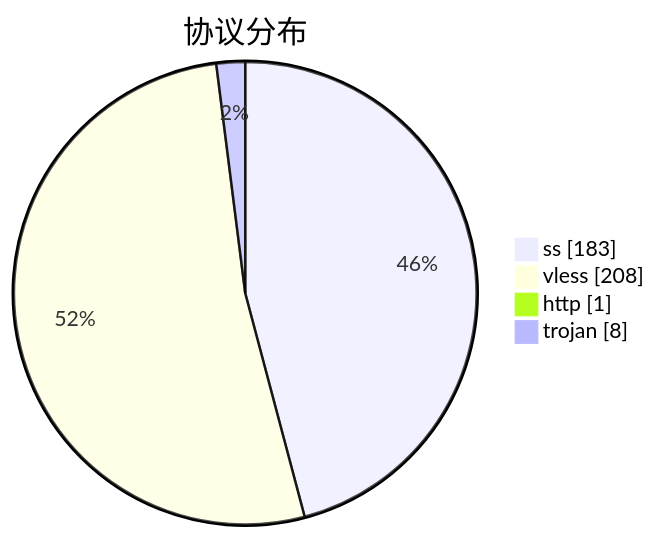
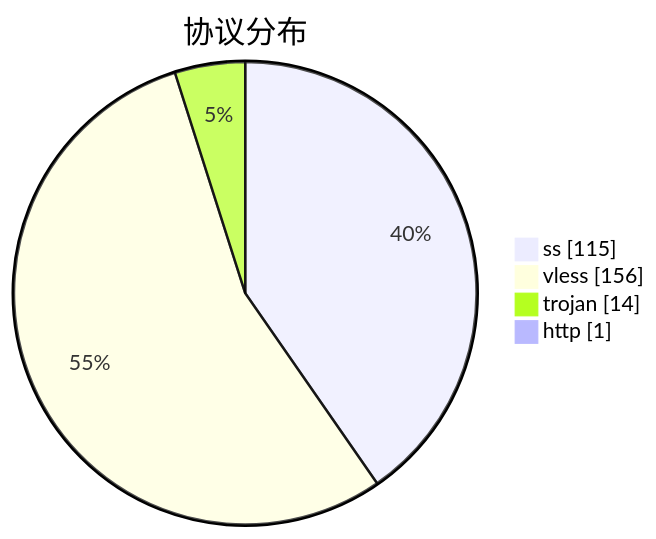
Before and after one commit to qjlxg/airport: the third of 3 diagrams in subs/statistics/tested_within.md, drawn with Mermaid. The commit also changed other lines of this file and 2 other files, not shown here.

````diff
--- a/subs/statistics/tested_within.md
+++ b/subs/statistics/tested_within.md
@@ -20,8 +18,8 @@
 ```mermaid
 pie showData
 title 协议分布
-"ss" : 183
-"vless" : 208
+"ss" : 115
+"vless" : 156
+"trojan" : 14
 "http" : 1
-"trojan" : 8
 ```
````
